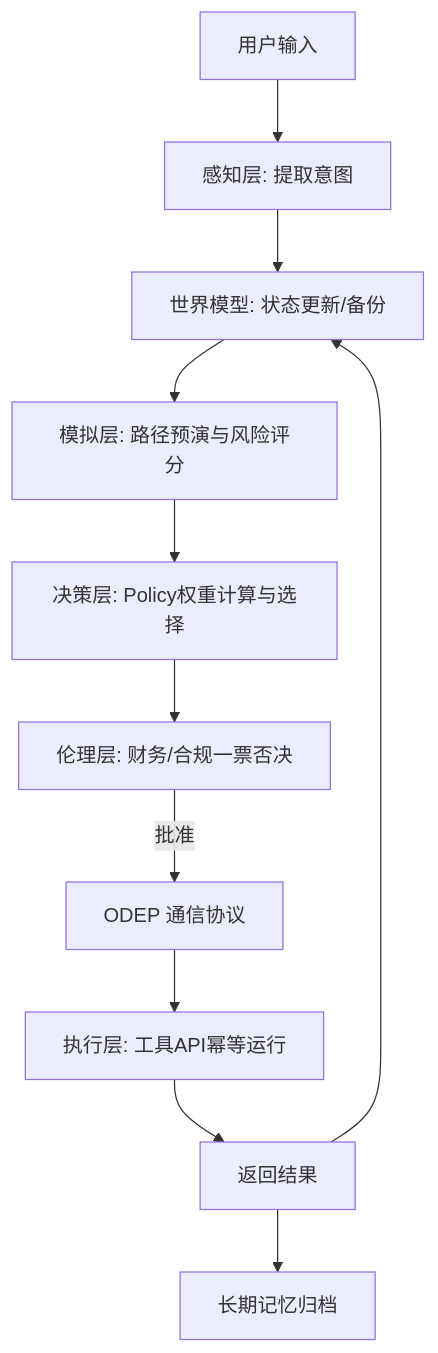
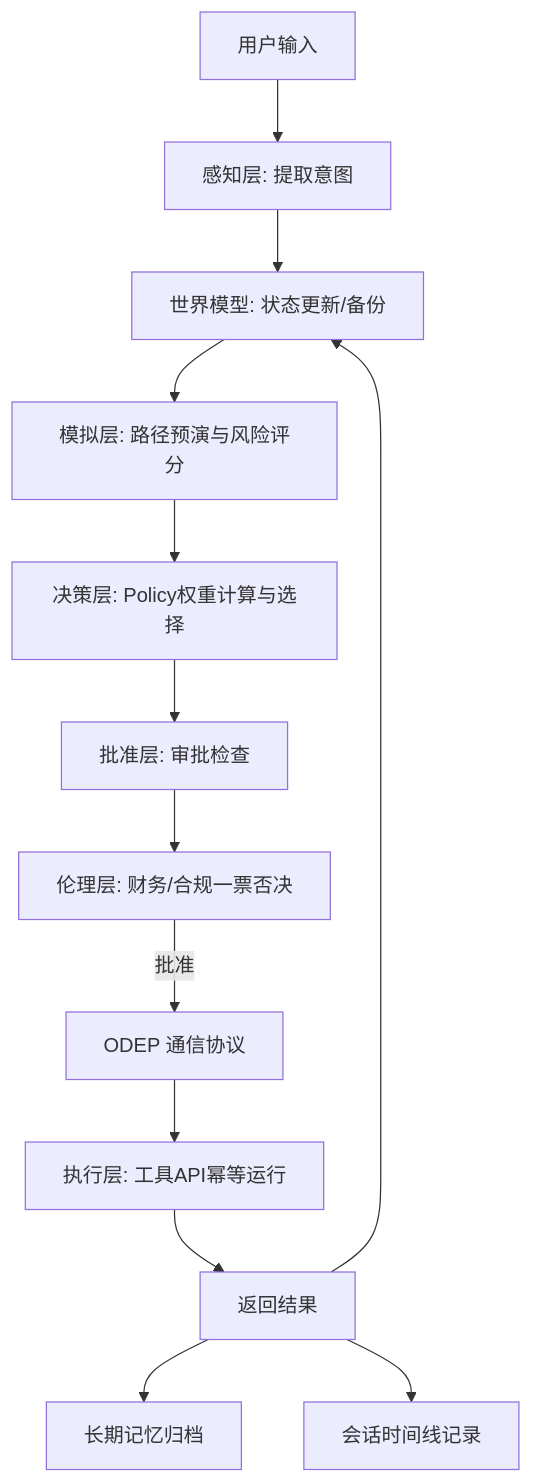
One commit to WoWuuuuu/octupus changed the first of 4 diagrams in docs/ARCHITECTURE.md. Above: the diagram before and after it, drawn with Mermaid. The commit also changed other lines of this file and 3 other files, not shown here.

````diff
--- a/docs/ARCHITECTURE.md
+++ b/docs/ARCHITECTURE.md
@@ -10,13 +10,15 @@
 ```mermaid
 graph TD
     User[用户输入] --> Perception[感知层: 提取意图]
     Perception --> WorldModel[世界模型: 状态更新/备份]
     WorldModel --> Simulation[模拟层: 路径预演与风险评分]
     Simulation --> DecisionEngine[决策层: Policy权重计算与选择]
-    DecisionEngine --> Ethics[伦理层: 财务/合规一票否决]
+    DecisionEngine --> Approval[批准层: 审批检查]
+    Approval --> Ethics[伦理层: 财务/合规一票否决]
     Ethics -- 批准 --> ODEP[ODEP 通信协议]
     ODEP --> Executor[执行层: 工具API幂等运行]
     Executor --> Result[返回结果]
     Result --> Memory[长期记忆归档]
     Result --> WorldModel
+    Result --> Session[会话时间线记录]
 ```
````
